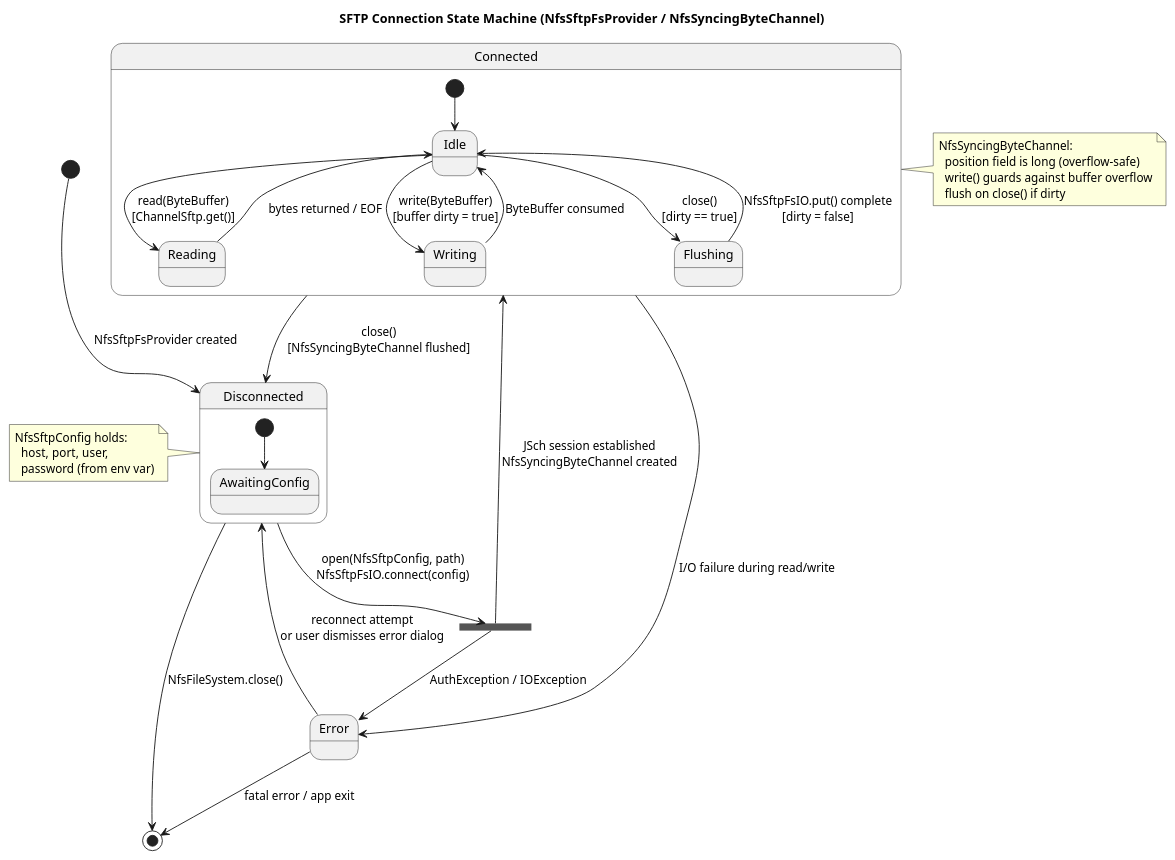
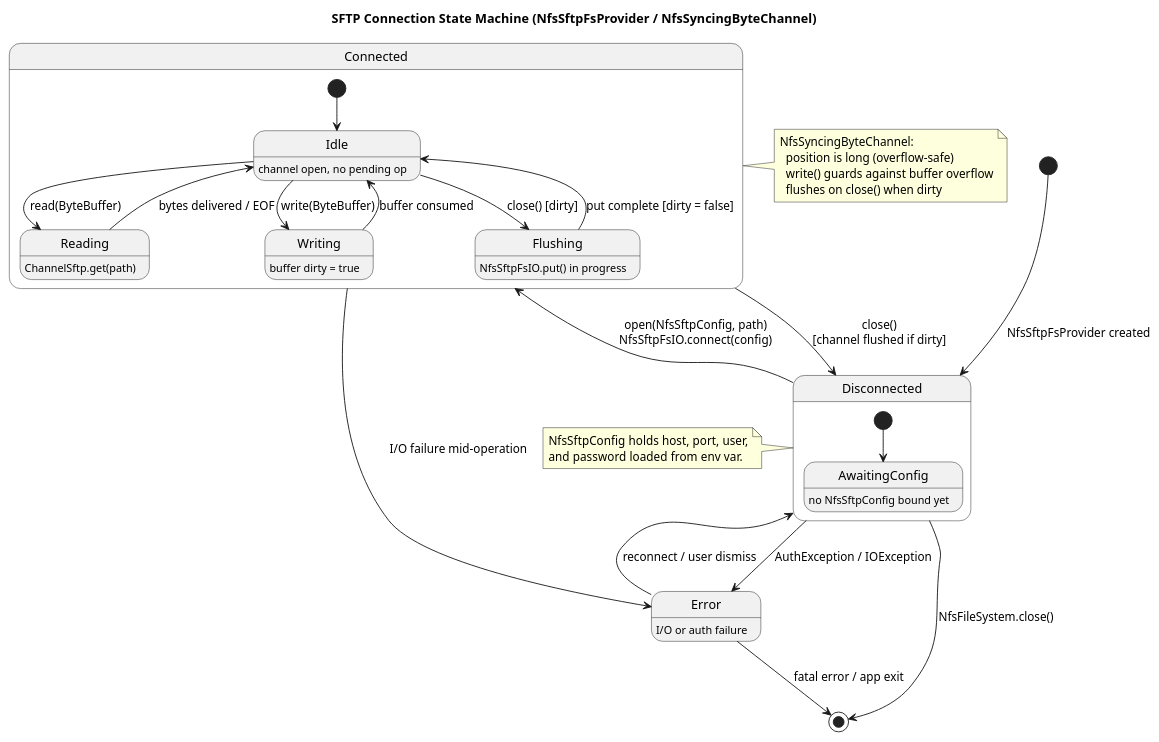
Before and after one commit to nikhilr612/weefs: the diagram in docs/state-diagram-sftp-connection.puml, drawn with PlantUML. The commit also changed 11 other files, not shown here.

First line of the commit message:
Remake UML diagrams with proper fields, methods, and relationships

```diff
--- a/docs/state-diagram-sftp-connection.puml
+++ b/docs/state-diagram-sftp-connection.puml
@@ -1,46 +1,51 @@
-@startuml state-diagram-sftp-connection
+@startuml
 title SFTP Connection State Machine (NfsSftpFsProvider / NfsSyncingByteChannel)
 
 [*] --> Disconnected : NfsSftpFsProvider created
 
 state Disconnected {
-    [*] --> AwaitingConfig
+  [*] --> AwaitingConfig
+  AwaitingConfig : no NfsSftpConfig bound yet
 }
 
 state Connected {
-    [*] --> Idle
-    Idle --> Reading    : read(ByteBuffer)\n[ChannelSftp.get()]
-    Reading --> Idle    : bytes returned / EOF
-    Idle --> Writing    : write(ByteBuffer)\n[buffer dirty = true]
-    Writing --> Idle    : ByteBuffer consumed
-    Idle --> Flushing   : close()\n[dirty == true]
-    Flushing --> Idle   : NfsSftpFsIO.put() complete\n[dirty = false]
+  [*] --> Idle
+  Idle     : channel open, no pending op
+  Reading  : ChannelSftp.get(path)
+  Writing  : buffer dirty = true
+  Flushing : NfsSftpFsIO.put() in progress
+
+  Idle    --> Reading  : read(ByteBuffer)
+  Reading --> Idle     : bytes delivered / EOF
+  Idle    --> Writing  : write(ByteBuffer)
+  Writing --> Idle     : buffer consumed
+  Idle    --> Flushing : close() [dirty]
+  Flushing --> Idle    : put complete [dirty = false]
 }
 
-state ChannelOpen <<fork>>
+state Error {
+  Error : I/O or auth failure
+}
 
-Disconnected --> ChannelOpen  : open(NfsSftpConfig, path)\nNfsSftpFsIO.connect(config)
-ChannelOpen --> Connected     : JSch session established\nNfsSyncingByteChannel created
-ChannelOpen --> Error         : AuthException / IOException
+Disconnected --> Connected     : open(NfsSftpConfig, path)\nNfsSftpFsIO.connect(config)
+Disconnected --> Error         : AuthException / IOException
 
-Connected --> Disconnected    : close()\n[NfsSyncingByteChannel flushed]
-Connected --> Error           : I/O failure during read/write
+Connected    --> Disconnected  : close()\n[channel flushed if dirty]
+Connected    --> Error         : I/O failure mid-operation
 
-Error --> Disconnected        : reconnect attempt\nor user dismisses error dialog
-
-Disconnected --> [*]  : NfsFileSystem.close()
-Error --> [*]         : fatal error / app exit
+Error        --> Disconnected  : reconnect / user dismiss
+Disconnected --> [*]           : NfsFileSystem.close()
+Error        --> [*]           : fatal error / app exit
 
 note right of Connected
   NfsSyncingByteChannel:
-    position field is long (overflow-safe)
+    position is long (overflow-safe)
     write() guards against buffer overflow
-    flush on close() if dirty
+    flushes on close() when dirty
 end note
 
 note left of Disconnected
-  NfsSftpConfig holds:
-    host, port, user,
-    password (from env var)
+  NfsSftpConfig holds host, port, user,
+  and password loaded from env var.
 end note
 @enduml
```
